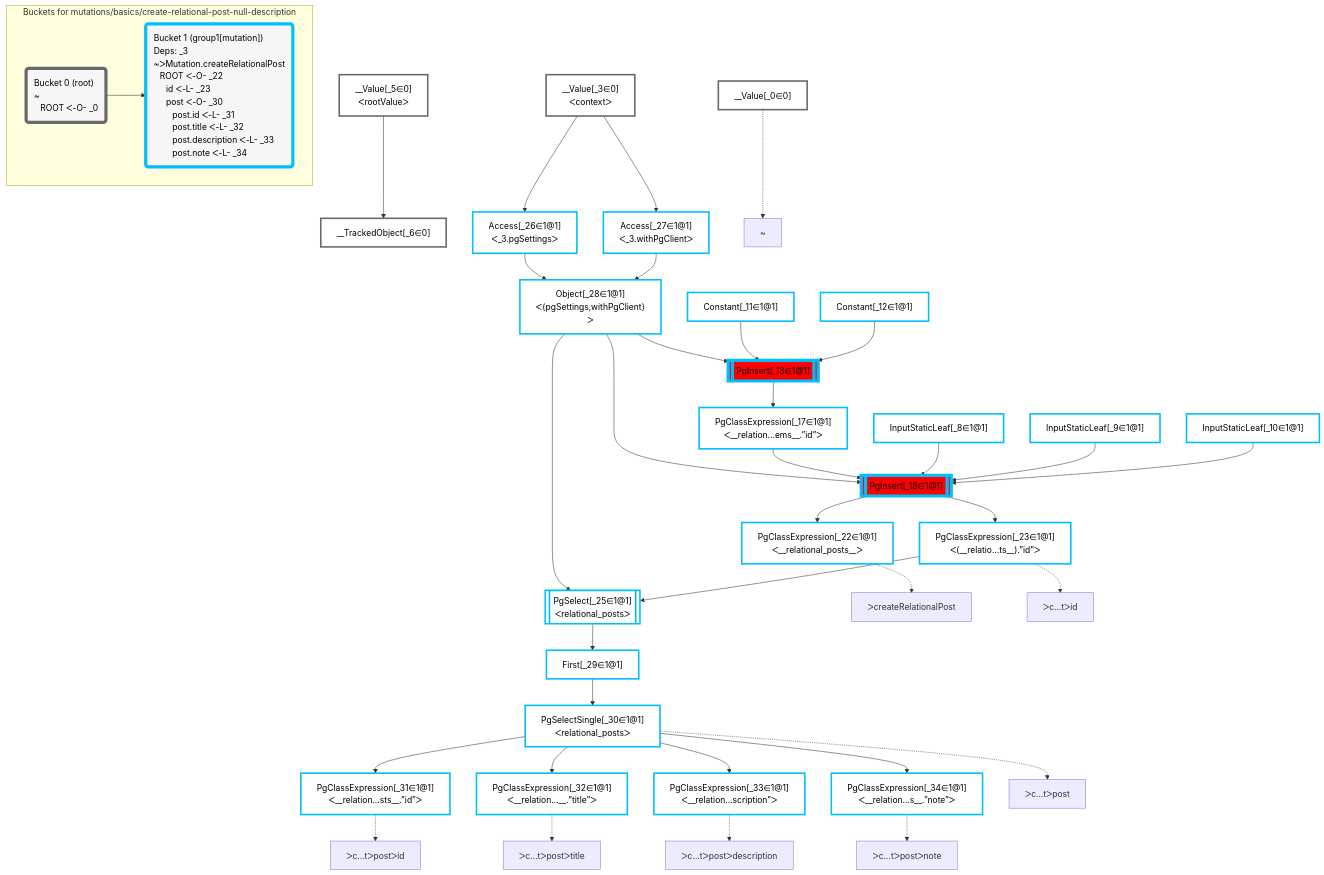
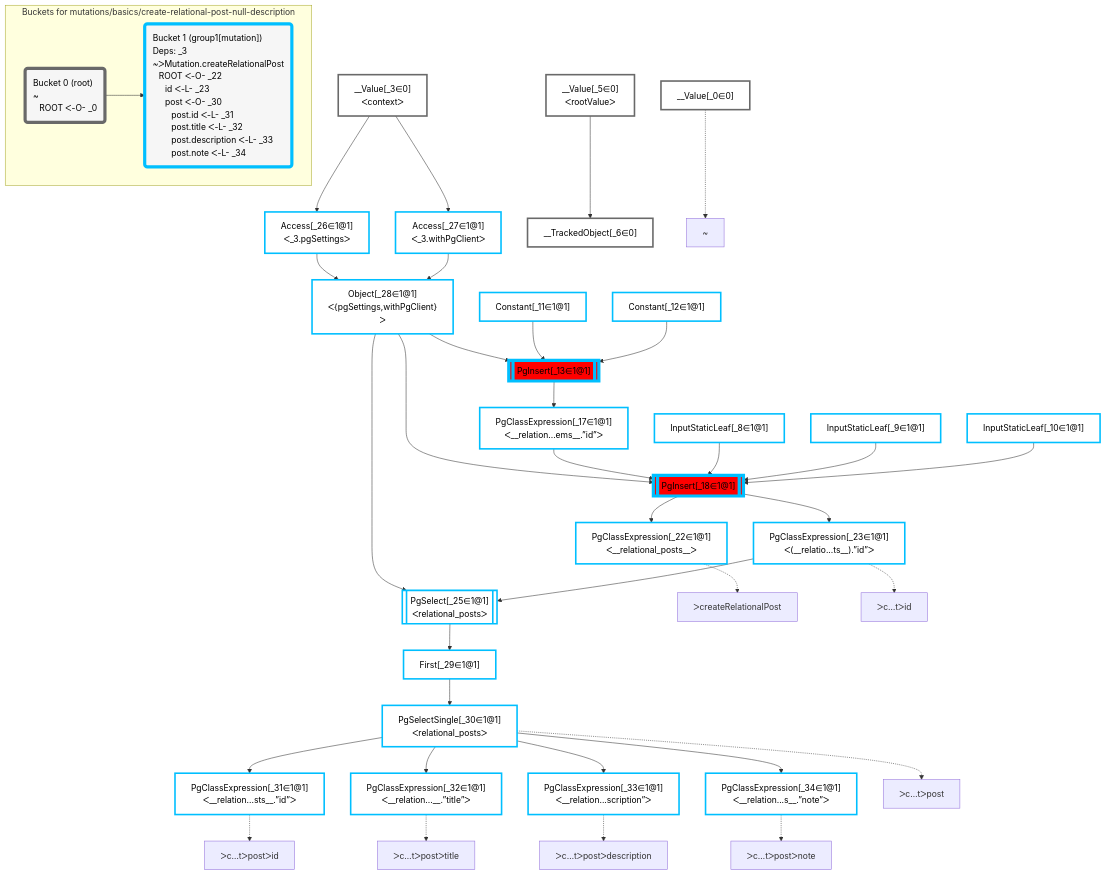
One commit to graphile/crystal changed the diagram in packages/dataplan-pg/__tests__/mutations/basics/create-relational-post-null-description.mermaid.md. Above: the diagram before and after it, drawn with Mermaid. The commit also changed other lines of this file and 195 other files, not shown here.

````diff
--- a/packages/dataplan-pg/__tests__/mutations/basics/create-relational-post-null-description.mermaid.md
+++ b/packages/dataplan-pg/__tests__/mutations/basics/create-relational-post-null-description.mermaid.md
@@ -1,81 +1,81 @@
 ```mermaid
 graph TD
     classDef path fill:#eee,stroke:#000,color:#000
     classDef plan fill:#fff,stroke-width:3px,color:#000
     classDef itemplan fill:#fff,stroke-width:6px,color:#000
     classDef sideeffectplan fill:#f00,stroke-width:6px,color:#000
     classDef bucket fill:#f6f6f6,color:#000,stroke-width:6px,text-align:left
 
 
     %% define plans
     __Value_0["__Value[_0∈0]"]:::plan
+    PgClassExpression_22["PgClassExpression[_22∈1@1]<br />ᐸ__relational_posts__ᐳ"]:::plan
+    PgClassExpression_31["PgClassExpression[_31∈1@1]<br />ᐸ__relation...sts__.”id”ᐳ"]:::plan
+    PgClassExpression_32["PgClassExpression[_32∈1@1]<br />ᐸ__relation...__.”title”ᐳ"]:::plan
+    PgClassExpression_33["PgClassExpression[_33∈1@1]<br />ᐸ__relation...scription”ᐳ"]:::plan
+    PgClassExpression_34["PgClassExpression[_34∈1@1]<br />ᐸ__relation...s__.”note”ᐳ"]:::plan
+    PgSelectSingle_30["PgSelectSingle[_30∈1@1]<br />ᐸrelational_postsᐳ"]:::plan
+    First_29["First[_29∈1@1]"]:::plan
+    PgSelect_25[["PgSelect[_25∈1@1]<br />ᐸrelational_postsᐳ"]]:::plan
+    PgClassExpression_23["PgClassExpression[_23∈1@1]<br />ᐸ(__relatio...ts__).”id”ᐳ"]:::plan
+    PgInsert_18[["PgInsert[_18∈1@1]"]]:::sideeffectplan
+    PgClassExpression_17["PgClassExpression[_17∈1@1]<br />ᐸ__relation...ems__.”id”ᐳ"]:::plan
+    PgInsert_13[["PgInsert[_13∈1@1]"]]:::sideeffectplan
+    Object_28["Object[_28∈1@1]<br />ᐸ{pgSettings,withPgClient}ᐳ"]:::plan
+    Access_26["Access[_26∈1@1]<br />ᐸ_3.pgSettingsᐳ"]:::plan
+    Access_27["Access[_27∈1@1]<br />ᐸ_3.withPgClientᐳ"]:::plan
     __Value_3["__Value[_3∈0]<br />ᐸcontextᐳ"]:::plan
+    __TrackedObject_6["__TrackedObject[_6∈0]"]:::plan
     __Value_5["__Value[_5∈0]<br />ᐸrootValueᐳ"]:::plan
-    __TrackedObject_6["__TrackedObject[_6∈0]"]:::plan
     InputStaticLeaf_8["InputStaticLeaf[_8∈1@1]"]:::plan
     InputStaticLeaf_9["InputStaticLeaf[_9∈1@1]"]:::plan
     InputStaticLeaf_10["InputStaticLeaf[_10∈1@1]"]:::plan
     Constant_11["Constant[_11∈1@1]"]:::plan
     Constant_12["Constant[_12∈1@1]"]:::plan
-    PgInsert_13[["PgInsert[_13∈1@1]"]]:::sideeffectplan
-    PgClassExpression_17["PgClassExpression[_17∈1@1]<br />ᐸ__relation...ems__.”id”ᐳ"]:::plan
-    PgInsert_18[["PgInsert[_18∈1@1]"]]:::sideeffectplan
-    PgClassExpression_22["PgClassExpression[_22∈1@1]<br />ᐸ__relational_posts__ᐳ"]:::plan
-    PgClassExpression_23["PgClassExpression[_23∈1@1]<br />ᐸ(__relatio...ts__).”id”ᐳ"]:::plan
-    PgSelect_25[["PgSelect[_25∈1@1]<br />ᐸrelational_postsᐳ"]]:::plan
-    Access_26["Access[_26∈1@1]<br />ᐸ_3.pgSettingsᐳ"]:::plan
-    Access_27["Access[_27∈1@1]<br />ᐸ_3.withPgClientᐳ"]:::plan
-    Object_28["Object[_28∈1@1]<br />ᐸ{pgSettings,withPgClient}ᐳ"]:::plan
-    First_29["First[_29∈1@1]"]:::plan
-    PgSelectSingle_30["PgSelectSingle[_30∈1@1]<br />ᐸrelational_postsᐳ"]:::plan
-    PgClassExpression_31["PgClassExpression[_31∈1@1]<br />ᐸ__relation...sts__.”id”ᐳ"]:::plan
-    PgClassExpression_32["PgClassExpression[_32∈1@1]<br />ᐸ__relation...__.”title”ᐳ"]:::plan
-    PgClassExpression_33["PgClassExpression[_33∈1@1]<br />ᐸ__relation...scription”ᐳ"]:::plan
-    PgClassExpression_34["PgClassExpression[_34∈1@1]<br />ᐸ__relation...s__.”note”ᐳ"]:::plan
 
     %% plan dependencies
-    __Value_5 --> __TrackedObject_6
-    Object_28 & Constant_11 & Constant_12 --> PgInsert_13
-    PgInsert_13 --> PgClassExpression_17
-    Object_28 & PgClassExpression_17 & InputStaticLeaf_8 & InputStaticLeaf_9 & InputStaticLeaf_10 --> PgInsert_18
     PgInsert_18 --> PgClassExpression_22
-    PgInsert_18 --> PgClassExpression_23
-    Object_28 & PgClassExpression_23 --> PgSelect_25
-    __Value_3 --> Access_26
-    __Value_3 --> Access_27
-    Access_26 & Access_27 --> Object_28
-    PgSelect_25 --> First_29
-    First_29 --> PgSelectSingle_30
     PgSelectSingle_30 --> PgClassExpression_31
     PgSelectSingle_30 --> PgClassExpression_32
     PgSelectSingle_30 --> PgClassExpression_33
     PgSelectSingle_30 --> PgClassExpression_34
+    First_29 --> PgSelectSingle_30
+    PgSelect_25 --> First_29
+    Object_28 & PgClassExpression_23 --> PgSelect_25
+    PgInsert_18 --> PgClassExpression_23
+    Object_28 & PgClassExpression_17 & InputStaticLeaf_8 & InputStaticLeaf_9 & InputStaticLeaf_10 --> PgInsert_18
+    PgInsert_13 --> PgClassExpression_17
+    Object_28 & Constant_11 & Constant_12 --> PgInsert_13
+    Access_26 & Access_27 --> Object_28
+    __Value_3 --> Access_26
+    __Value_3 --> Access_27
+    __Value_5 --> __TrackedObject_6
 
     %% plan-to-path relationships
     P_0["~"]
     __Value_0 -.-> P_0
     P_22["ᐳcreateRelationalPost"]
     PgClassExpression_22 -.-> P_22
     P_23["ᐳc…tᐳid"]
     PgClassExpression_23 -.-> P_23
     P_30["ᐳc…tᐳpost"]
     PgSelectSingle_30 -.-> P_30
     P_31["ᐳc…tᐳpostᐳid"]
     PgClassExpression_31 -.-> P_31
     P_32["ᐳc…tᐳpostᐳtitle"]
     PgClassExpression_32 -.-> P_32
     P_33["ᐳc…tᐳpostᐳdescription"]
     PgClassExpression_33 -.-> P_33
     P_34["ᐳc…tᐳpostᐳnote"]
     PgClassExpression_34 -.-> P_34
 
     subgraph "Buckets for mutations/basics/create-relational-post-null-description"
     Bucket0("Bucket 0 (root)<br />~<br />⠀ROOT ᐸ-O- _0"):::bucket
     classDef bucket0 stroke:#696969
     class Bucket0,__Value_0,__Value_3,__Value_5,__TrackedObject_6 bucket0
     Bucket1("Bucket 1 (group1[mutation])<br />Deps: _3<br />~ᐳMutation.createRelationalPost<br />⠀ROOT ᐸ-O- _22<br />⠀⠀id ᐸ-L- _23<br />⠀⠀post ᐸ-O- _30<br />⠀⠀⠀post.id ᐸ-L- _31<br />⠀⠀⠀post.title ᐸ-L- _32<br />⠀⠀⠀post.description ᐸ-L- _33<br />⠀⠀⠀post.note ᐸ-L- _34"):::bucket
     classDef bucket1 stroke:#00bfff
     class Bucket1,InputStaticLeaf_8,InputStaticLeaf_9,InputStaticLeaf_10,Constant_11,Constant_12,PgInsert_13,PgClassExpression_17,PgInsert_18,PgClassExpression_22,PgClassExpression_23,PgSelect_25,Access_26,Access_27,Object_28,First_29,PgSelectSingle_30,PgClassExpression_31,PgClassExpression_32,PgClassExpression_33,PgClassExpression_34 bucket1
     Bucket0 --> Bucket1
     end
 ```
````
